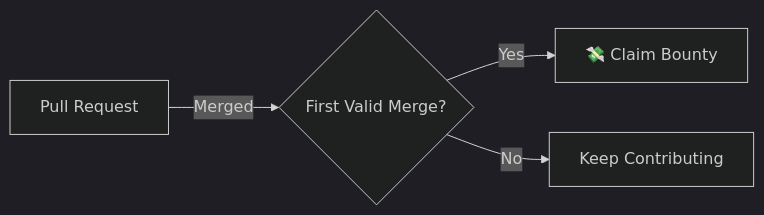
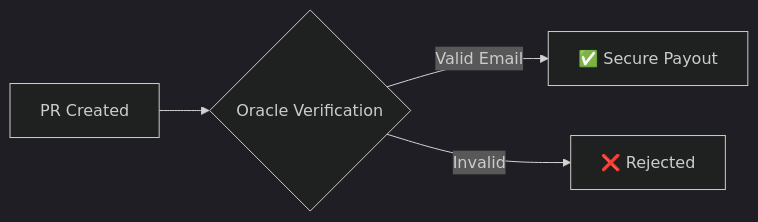
One commit to b3ww/ethglobal changed the third of 3 diagrams in README.md. Above: the diagram before and after it, drawn with Mermaid (dark theme). The commit also changed other lines of this file, not shown here.

````diff
--- a/README.md
+++ b/README.md
@@ -92,6 +59,6 @@
 ```mermaid
 graph LR
-    PR[Pull Request] -->|Merged| Detect{First Valid Merge?}
-    Detect -->|Yes| Win[💸 Claim Bounty]
-    Detect -->|No| Continue[Keep Contributing]
+    A[PR Created] --> B{Oracle Verification}
+    B -->|Valid Email| C[✅ Secure Payout]
+    B -->|Invalid| D[❌ Rejected]
 ```
````
